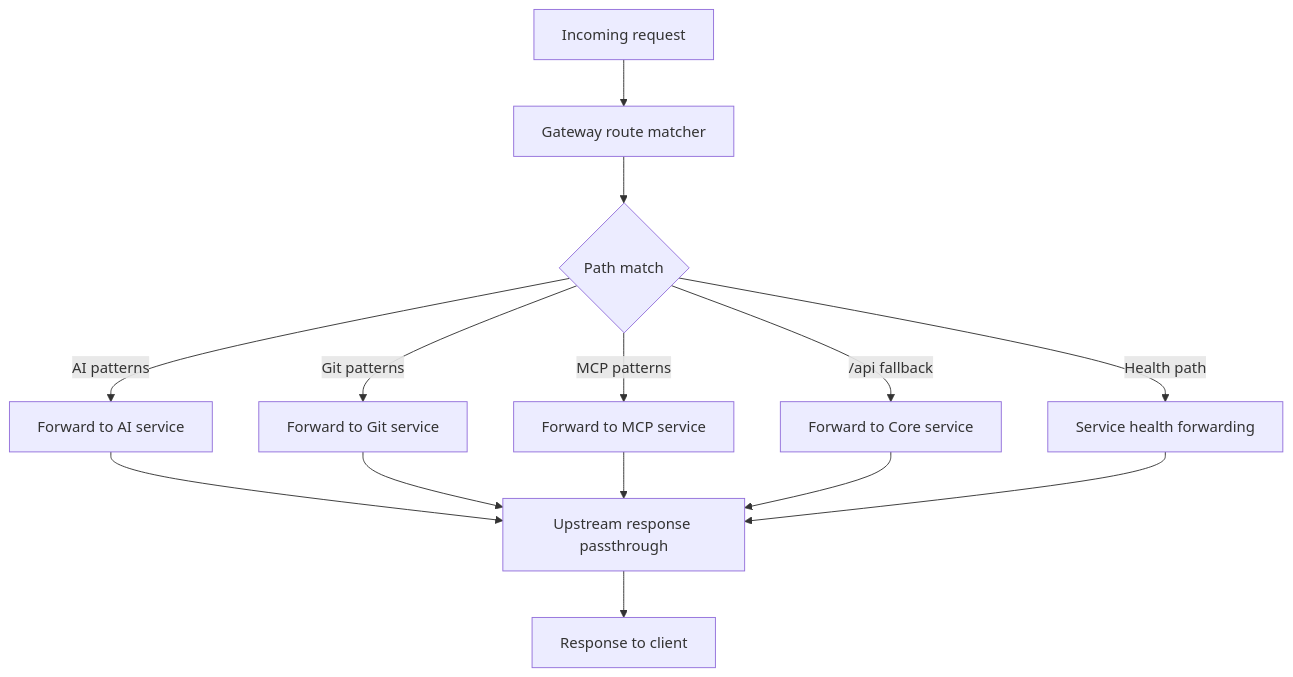
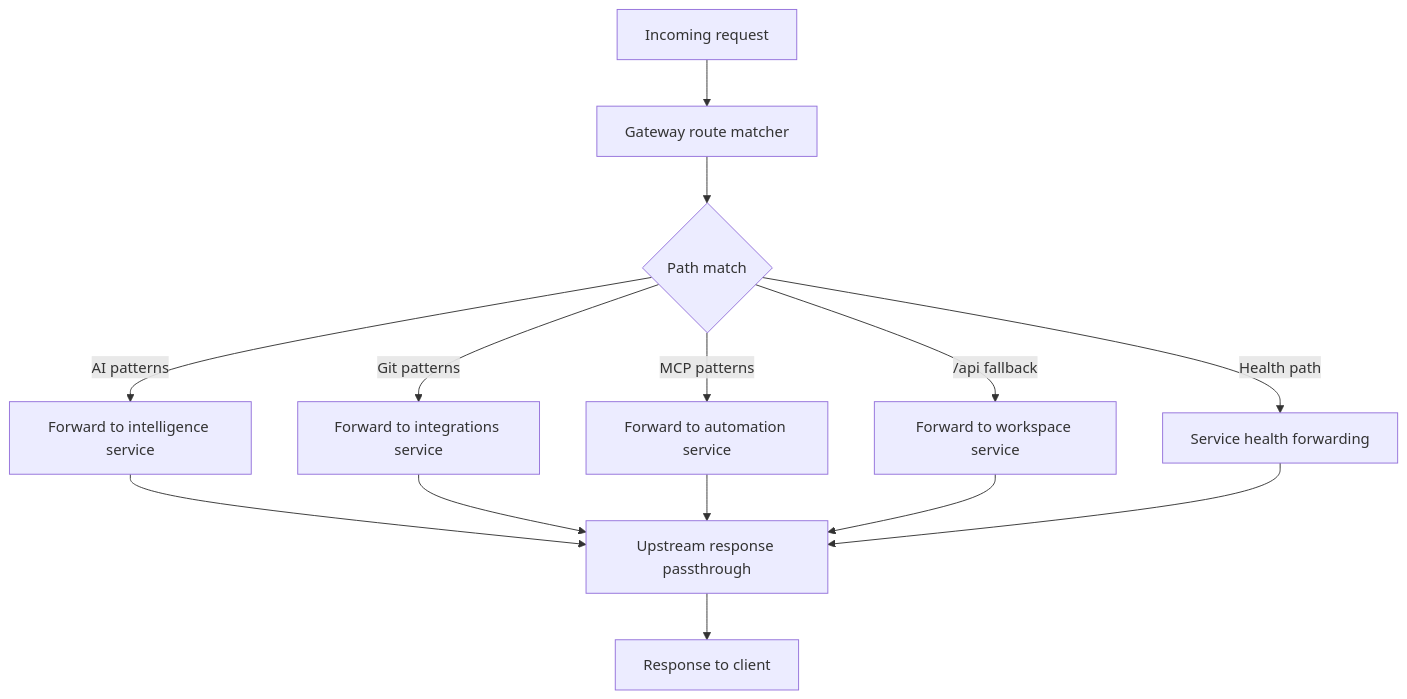
Before and after one commit to cvrvai/OPPM-AI-work-management-system: the diagram in docs/services/gateway/README.md, drawn with Mermaid. The commit also changed other lines of this file and 501 other files, not shown here.

````diff
--- a/docs/services/gateway/README.md
+++ b/docs/services/gateway/README.md
@@ -29,17 +29,17 @@
 ```mermaid
 flowchart TD
     A[Incoming request] --> B[Gateway route matcher]
     B --> C{Path match}
-    C -- AI patterns --> D[Forward to AI service]
-    C -- Git patterns --> E[Forward to Git service]
-    C -- MCP patterns --> F[Forward to MCP service]
-    C -- /api fallback --> G[Forward to Core service]
+    C -- AI patterns --> D[Forward to intelligence service]
+    C -- Git patterns --> E[Forward to integrations service]
+    C -- MCP patterns --> F[Forward to automation service]
+    C -- /api fallback --> G[Forward to workspace service]
     C -- Health path --> H[Service health forwarding]
 
     D --> I[Upstream response passthrough]
     E --> I
     F --> I
     G --> I
     H --> I
     I --> J[Response to client]
 ```
````
